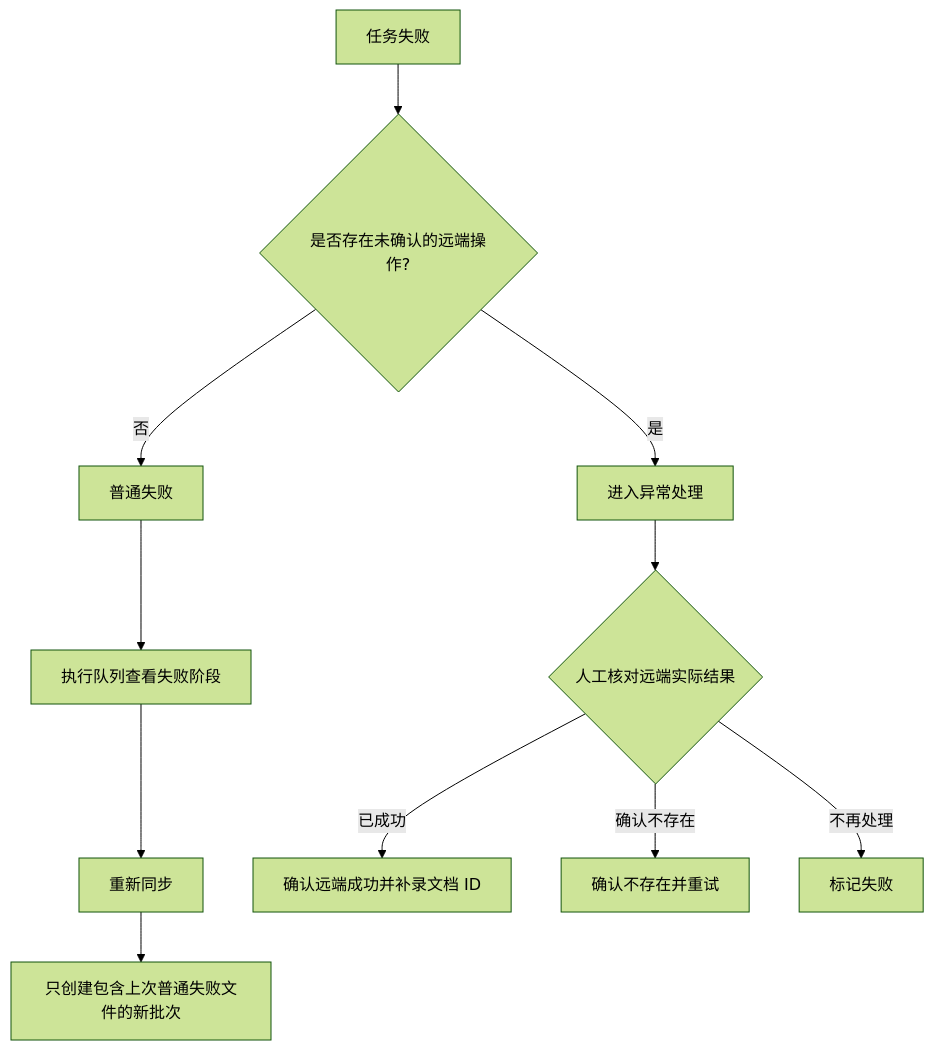
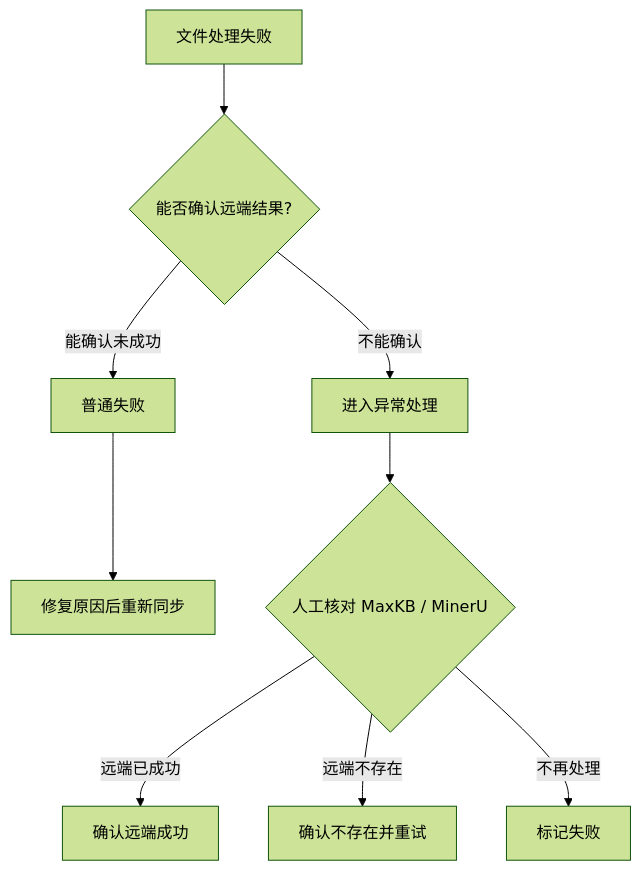
One commit to fit2cloud-east-de/maxkb-local-file-sync changed the second of 2 diagrams in USER_GUIDE.md. Above: the diagram before and after it, drawn with Mermaid (forest theme). The commit also changed other lines of this file and 3 other files, not shown here.

````diff
--- a/USER_GUIDE.md
+++ b/USER_GUIDE.md
@@ -307,13 +250,11 @@
 ```mermaid
 flowchart TD
-    A[任务失败] --> B{是否存在未确认的远端操作?}
-    B -- 否 --> C[普通失败]
-    C --> D[执行队列查看失败阶段]
-    D --> E[重新同步]
-    E --> F[只创建包含上次普通失败文件的新批次]
-    B -- 是 --> G[进入异常处理]
-    G --> H{人工核对远端实际结果}
-    H -- 已成功 --> I[确认远端成功并补录文档 ID]
-    H -- 确认不存在 --> J[确认不存在并重试]
-    H -- 不再处理 --> K[标记失败]
+    A[文件处理失败] --> B{能否确认远端结果?}
+    B -- 能确认未成功 --> C[普通失败]
+    C --> D[修复原因后重新同步]
+    B -- 不能确认 --> E[进入异常处理]
+    E --> F{人工核对 MaxKB / MinerU}
+    F -- 远端已成功 --> G[确认远端成功]
+    F -- 远端不存在 --> H[确认不存在并重试]
+    F -- 不再处理 --> I[标记失败]
 ```
````
